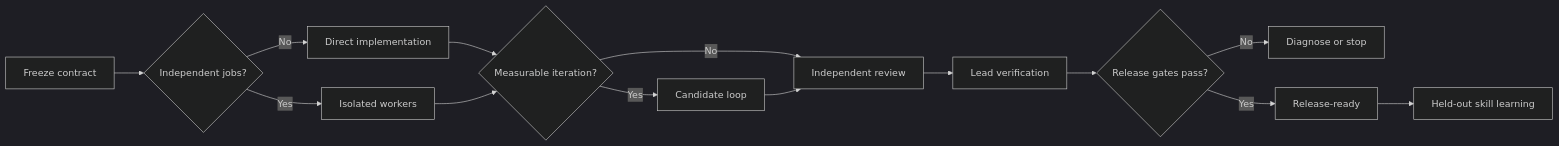
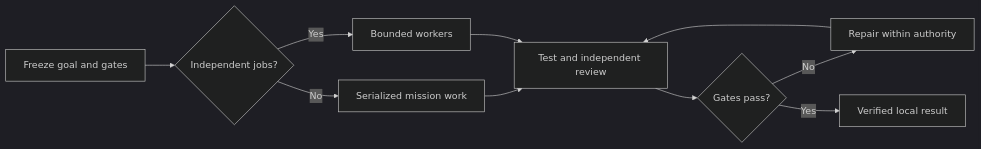
One commit to byensitmagnus/agent-mission-control changed the diagram in README.md. Above: the diagram before and after it, drawn with Mermaid (dark theme). The commit also changed other lines of this file and 35 other files, not shown here.

````diff
--- a/README.md
+++ b/README.md
@@ -25,16 +67,12 @@
 ```mermaid
 flowchart LR
-    A[Freeze contract] --> B{Independent jobs?}
-    B -->|No| C[Direct implementation]
-    B -->|Yes| D[Isolated workers]
-    C --> E{Measurable iteration?}
+    A[Freeze goal and gates] --> B{Independent jobs?}
+    B -->|No| C[Serialized mission work]
+    B -->|Yes| D[Bounded workers]
+    C --> E[Test and independent review]
     D --> E
-    E -->|No| F[Independent review]
-    E -->|Yes| G[Candidate loop]
-    G --> F
-    F --> H[Lead verification]
-    H --> I{Release gates pass?}
-    I -->|No| J[Diagnose or stop]
-    I -->|Yes| K[Release-ready]
-    K --> L[Held-out skill learning]
+    E --> F{Gates pass?}
+    F -->|No| G[Repair within authority]
+    G --> E
+    F -->|Yes| H[Verified local result]
 ```
````
